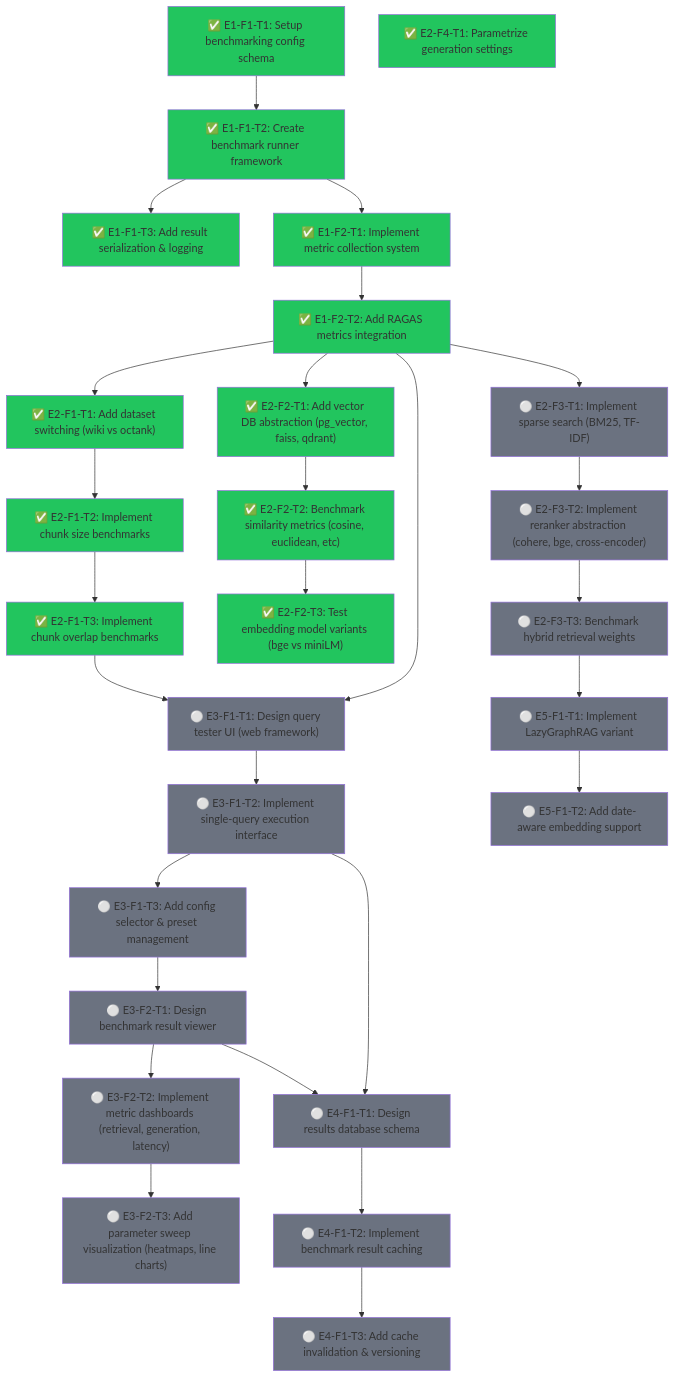
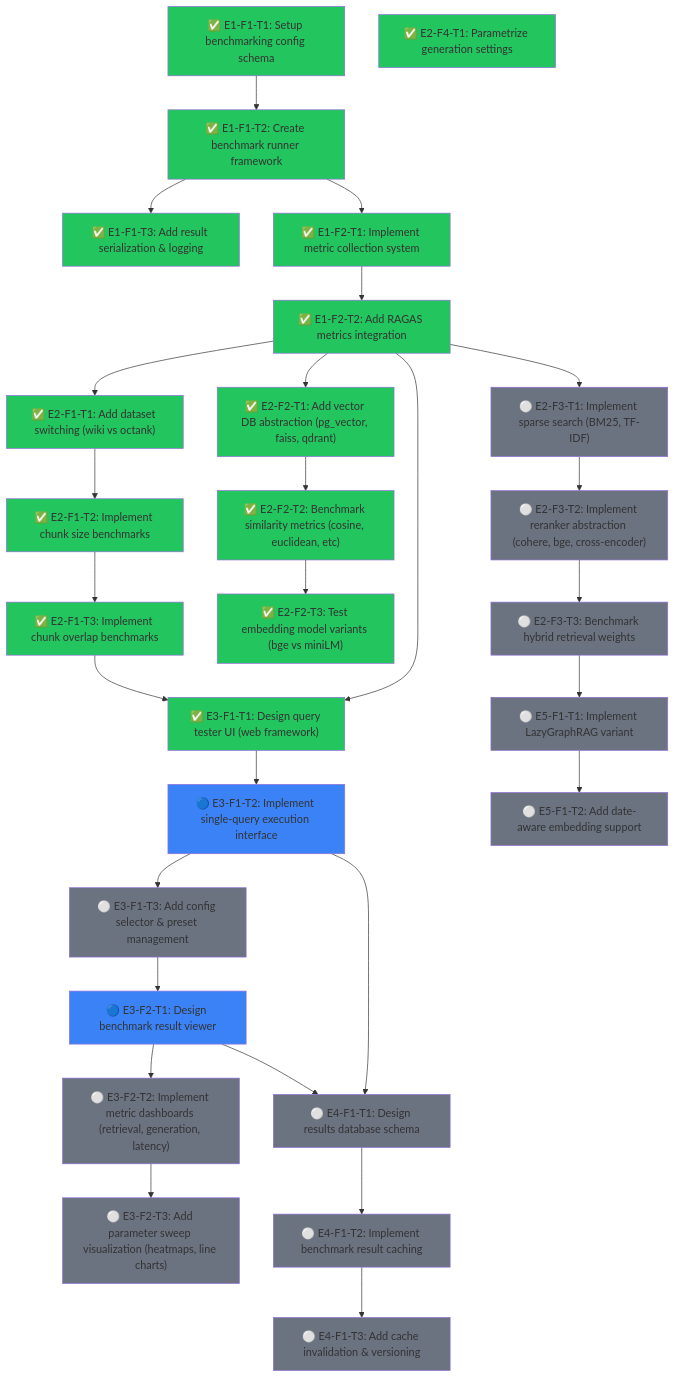
The diagram in ROADMAP.md (Vutiot/EvenementsRAG), drawn with Mermaid before and after one commit. The commit also changed other lines of this file and 39 other files, not shown here.

First line of the commit message:
E3-F1-T1: design query tester UI (FastAPI + React)

```diff
--- a/ROADMAP.md
+++ b/ROADMAP.md
@@ -32,11 +32,11 @@
   E2F3T3["⚪ E2-F3-T3: Benchmark hybrid retrieval weights"]
   E2F4T1["✅ E2-F4-T1: Parametrize generation settings"]
 
-  E3F1T1["⚪ E3-F1-T1: Design query tester UI (web framework)"]
-  E3F1T2["⚪ E3-F1-T2: Implement single-query execution interface"]
+  E3F1T1["✅ E3-F1-T1: Design query tester UI (web framework)"]
+  E3F1T2["🔵 E3-F1-T2: Implement single-query execution interface"]
   E3F1T3["⚪ E3-F1-T3: Add config selector & preset management"]
 
-  E3F2T1["⚪ E3-F2-T1: Design benchmark result viewer"]
+  E3F2T1["🔵 E3-F2-T1: Design benchmark result viewer"]
   E3F2T2["⚪ E3-F2-T2: Implement metric dashboards (retrieval, generation, latency)"]
   E3F2T3["⚪ E3-F2-T3: Add parameter sweep visualization (heatmaps, line charts)"]
 
@@ -93,10 +93,10 @@
   style E2F3T2 fill:#6b7280
   style E2F3T3 fill:#6b7280
   style E2F4T1 fill:#22c55e
-  style E3F1T1 fill:#6b7280
-  style E3F1T2 fill:#6b7280
+  style E3F1T1 fill:#22c55e
+  style E3F1T2 fill:#3b82f6
   style E3F1T3 fill:#6b7280
-  style E3F2T1 fill:#6b7280
+  style E3F2T1 fill:#3b82f6
   style E3F2T2 fill:#6b7280
   style E3F2T3 fill:#6b7280
   style E4F1T1 fill:#6b7280
```
